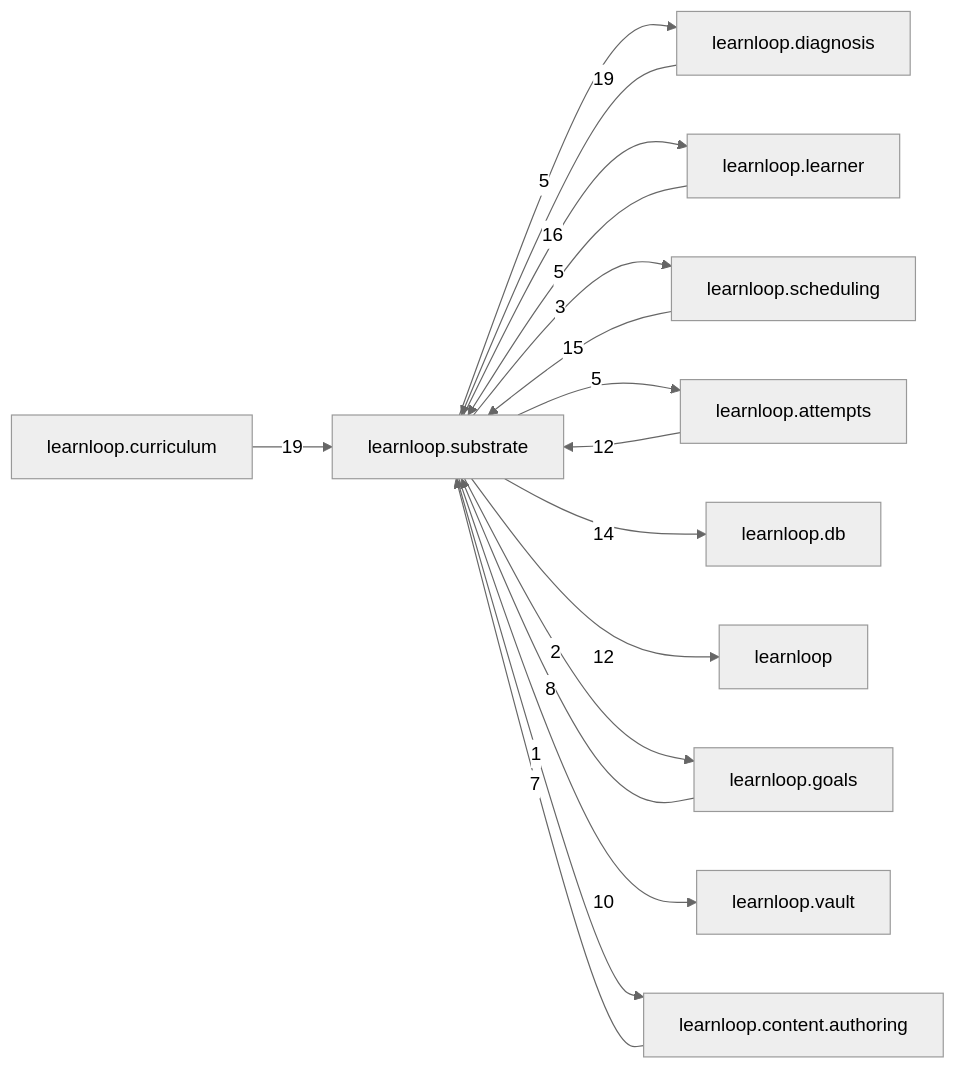
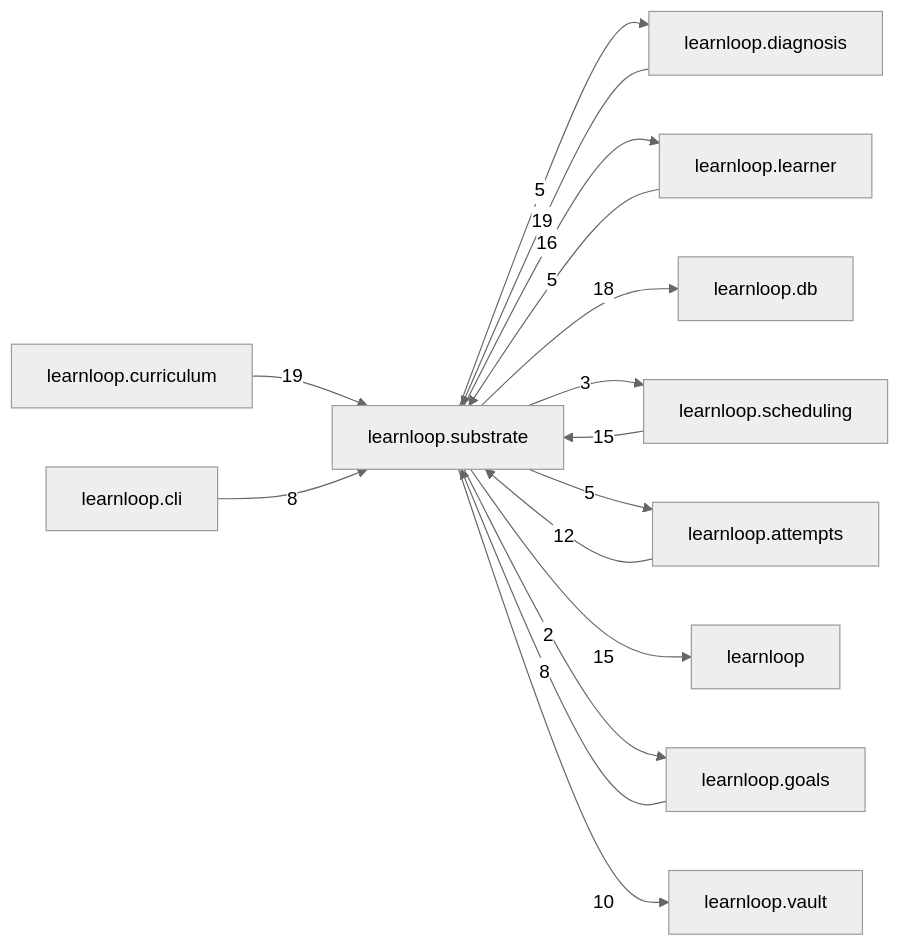
The diagram in docs/learnloop-architecture-vault/Reference/Modules/learnloop/substrate/_package.md (6up-b/learnanything), drawn with Mermaid (neutral theme) before and after one commit. The commit also changed other lines of this file and 633 other files, not shown here.

````diff
--- a/docs/learnloop-architecture-vault/Reference/Modules/learnloop/substrate/_package.md
+++ b/docs/learnloop-architecture-vault/Reference/Modules/learnloop/substrate/_package.md
@@ -124,30 +128,29 @@
 ```mermaid
 flowchart LR
     center["learnloop.substrate"]
     n_learnloop_diagnosis["learnloop.diagnosis"]
     n_learnloop_learner["learnloop.learner"]
     n_learnloop_curriculum["learnloop.curriculum"]
+    n_learnloop_db["learnloop.db"]
     n_learnloop_scheduling["learnloop.scheduling"]
     n_learnloop_attempts["learnloop.attempts"]
-    n_learnloop_db["learnloop.db"]
     n_learnloop["learnloop"]
     n_learnloop_goals["learnloop.goals"]
     n_learnloop_vault["learnloop.vault"]
-    n_learnloop_content_authoring["learnloop.content.authoring"]
+    n_learnloop_cli["learnloop.cli"]
     n_learnloop_diagnosis -->|19| center
     center -->|5| n_learnloop_diagnosis
     n_learnloop_learner -->|5| center
     center -->|16| n_learnloop_learner
     n_learnloop_curriculum -->|19| center
+    center -->|18| n_learnloop_db
     n_learnloop_scheduling -->|15| center
     center -->|3| n_learnloop_scheduling
     n_learnloop_attempts -->|12| center
     center -->|5| n_learnloop_attempts
-    center -->|14| n_learnloop_db
-    center -->|12| n_learnloop
+    center -->|15| n_learnloop
     n_learnloop_goals -->|8| center
     center -->|2| n_learnloop_goals
     center -->|10| n_learnloop_vault
-    n_learnloop_content_authoring -->|7| center
-    center -->|1| n_learnloop_content_authoring
+    n_learnloop_cli -->|8| center
 ```
````
